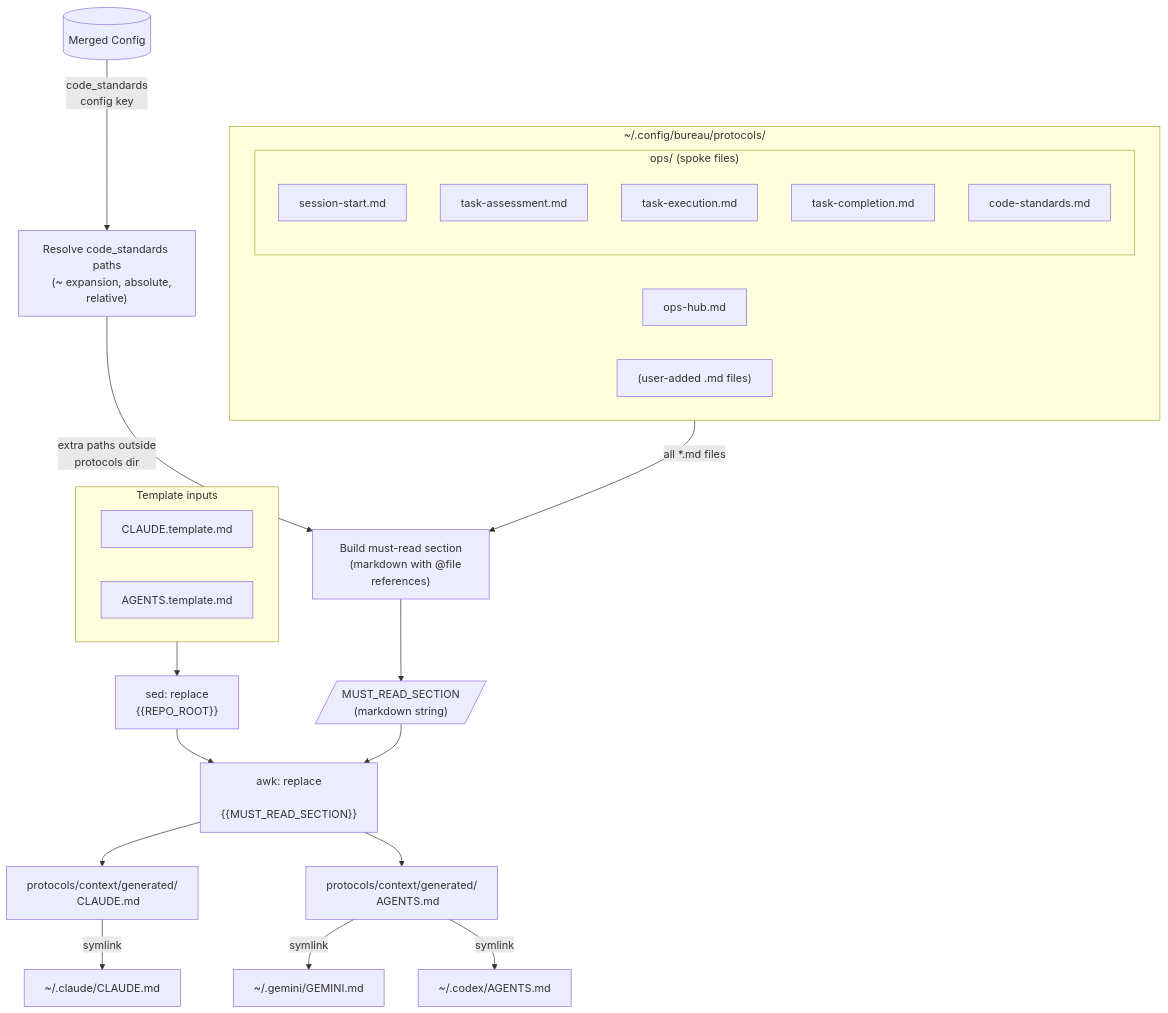
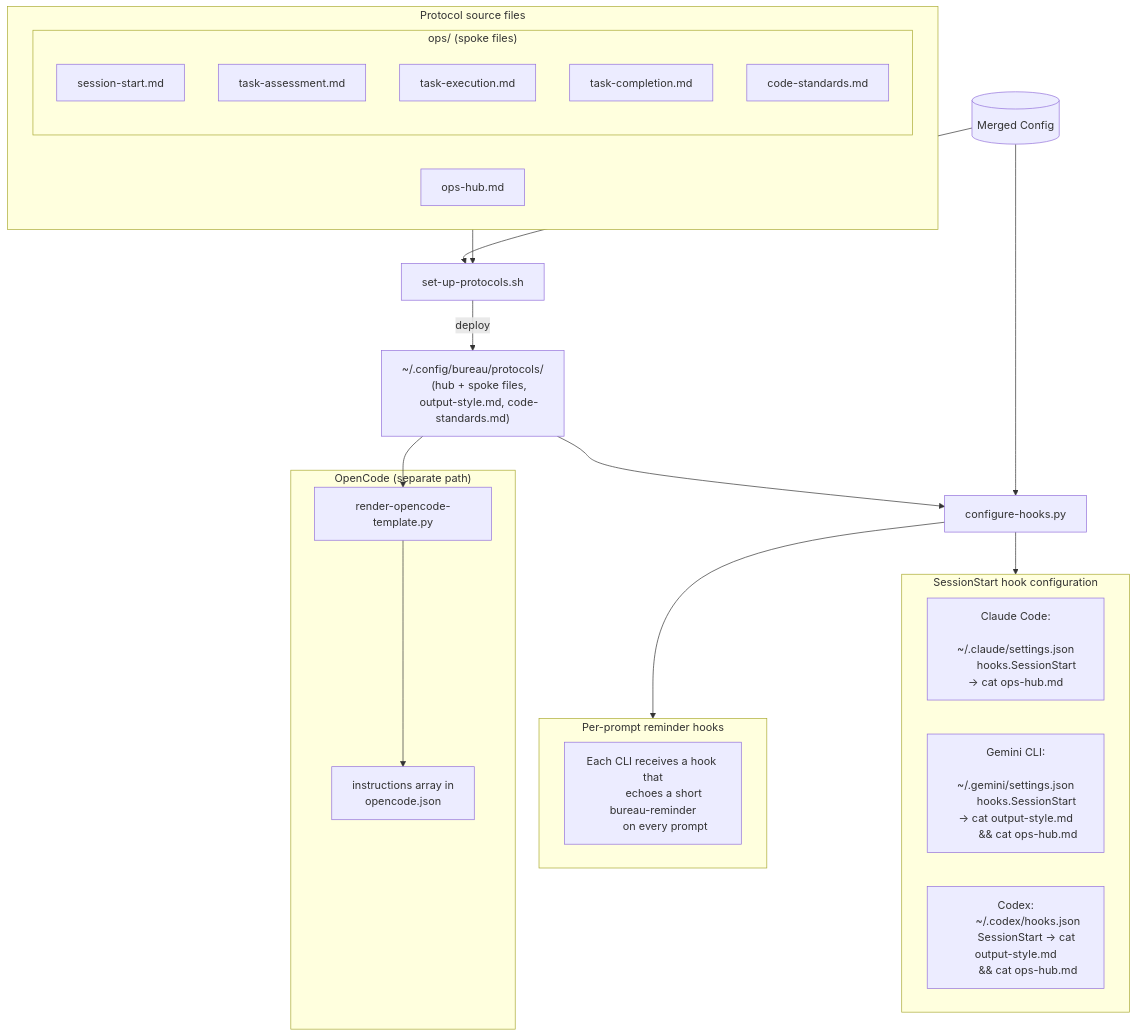
The sixth of 10 diagrams in docs/DATA-FLOWS.md (akbad/Bureau), drawn with Mermaid before and after one commit. The commit also changed other lines of this file and 31 other files, not shown here.

````diff
--- a/docs/DATA-FLOWS.md
+++ b/docs/DATA-FLOWS.md
@@ -443,46 +443,55 @@
 ```mermaid
 flowchart TB
-    subgraph templates["Template inputs"]
-        CLAUDE_TMPL["CLAUDE.template.md"]
-        AGENTS_TMPL["AGENTS.template.md"]
+    subgraph static_src["Protocol source files"]
+        HUB_SRC["ops-hub.md"]
+        subgraph spokes_src["ops/ (spoke files)"]
+            S_SESSION["session-start.md"]
+            S_ASSESS["task-assessment.md"]
+            S_EXEC["task-execution.md"]
+            S_COMPLETE["task-completion.md"]
+            S_CODE_STD["code-standards.md"]
+        end
     end
 
-    subgraph protocols_dir["~/.config/bureau/protocols/"]
-        OPS_HUB["ops-hub.md"]
-        subgraph ops_spokes["ops/ (spoke files)"]
-            OPS_SESSION["session-start.md"]
-            OPS_ASSESS["task-assessment.md"]
-            OPS_EXEC["task-execution.md"]
-            OPS_COMPLETE["task-completion.md"]
-            OPS_CODE_STD["code-standards.md"]
-        end
-        CUSTOM["(user-added .md files)"]
+    CONFIG[(Merged Config)] --> PROTO_SH["set-up-protocols.sh"]
+    static_src --> PROTO_SH
+
+    PROTO_SH -->|"deploy"| PROTO_DIR["~/.config/bureau/protocols/
+    (hub + spoke files,
+    output-style.md, code-standards.md)"]
+
+    PROTO_DIR --> HOOKS["configure-hooks.py"]
+    CONFIG --> HOOKS
+
+    subgraph hook_targets["SessionStart hook configuration"]
+        CC_HOOK["Claude Code:
+        ~/.claude/settings.json
+        hooks.SessionStart → cat ops-hub.md"]
+        GC_HOOK["Gemini CLI:
+        ~/.gemini/settings.json
+        hooks.SessionStart → cat output-style.md
+        && cat ops-hub.md"]
+        CX_HOOK["Codex:
+        ~/.codex/hooks.json
+        SessionStart → cat output-style.md
+        && cat ops-hub.md"]
     end
 
-    CONFIG[(Merged Config)] -->|"code_standards
-    config key"| CS_RESOLVE["Resolve code_standards paths
-    (~ expansion, absolute, relative)"]
+    HOOKS --> hook_targets
 
-    protocols_dir -->|"all *.md files"| MUST_READ_BUILD["Build must-read section
-    (markdown with @file references)"]
-    CS_RESOLVE -->|"extra paths outside
-    protocols dir"| MUST_READ_BUILD
+    subgraph reminder_hooks["Per-prompt reminder hooks"]
+        REMINDER["Each CLI receives a hook that
+        echoes a short bureau-reminder
+        on every prompt"]
+    end
 
-    MUST_READ_BUILD --> MUST_READ[/"MUST_READ_SECTION
-    (markdown string)"/]
+    HOOKS --> reminder_hooks
 
-    templates --> SED["sed: replace
-    {{REPO_ROOT}}"]
-    SED --> AWK["awk: replace
-    {{MUST_READ_SECTION}}"]
-    MUST_READ --> AWK
+    subgraph opencode_path["OpenCode (separate path)"]
+        OC_TMPL["render-opencode-template.py"]
+        OC_INSTR["instructions array in
+        opencode.json"]
+    end
 
-    AWK --> GEN_CLAUDE["protocols/context/generated/
-    CLAUDE.md"]
-    AWK --> GEN_AGENTS["protocols/context/generated/
-    AGENTS.md"]
-
-    GEN_CLAUDE -->|symlink| SYM_CC["~/.claude/CLAUDE.md"]
-    GEN_AGENTS -->|symlink| SYM_GC["~/.gemini/GEMINI.md"]
-    GEN_AGENTS -->|symlink| SYM_CX["~/.codex/AGENTS.md"]
+    PROTO_DIR --> OC_TMPL --> OC_INSTR
 ```
````
